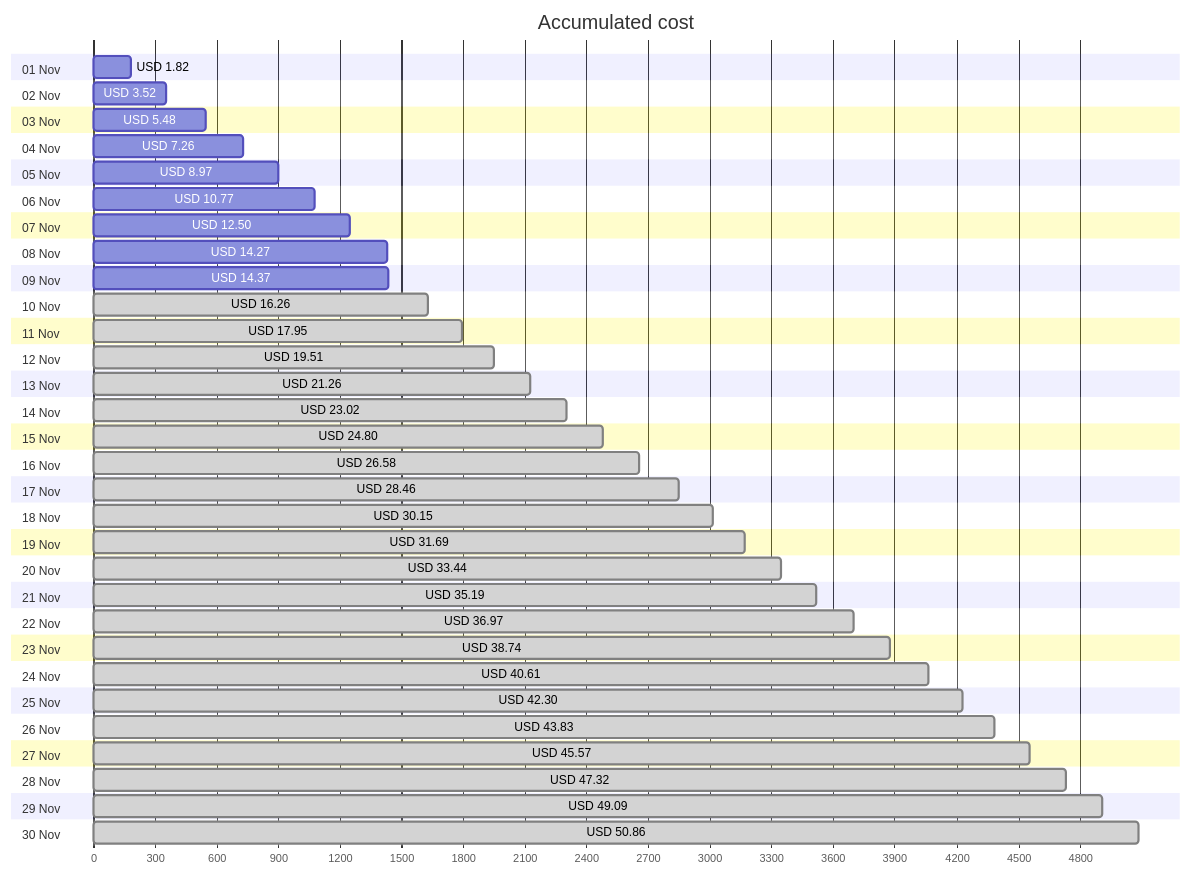
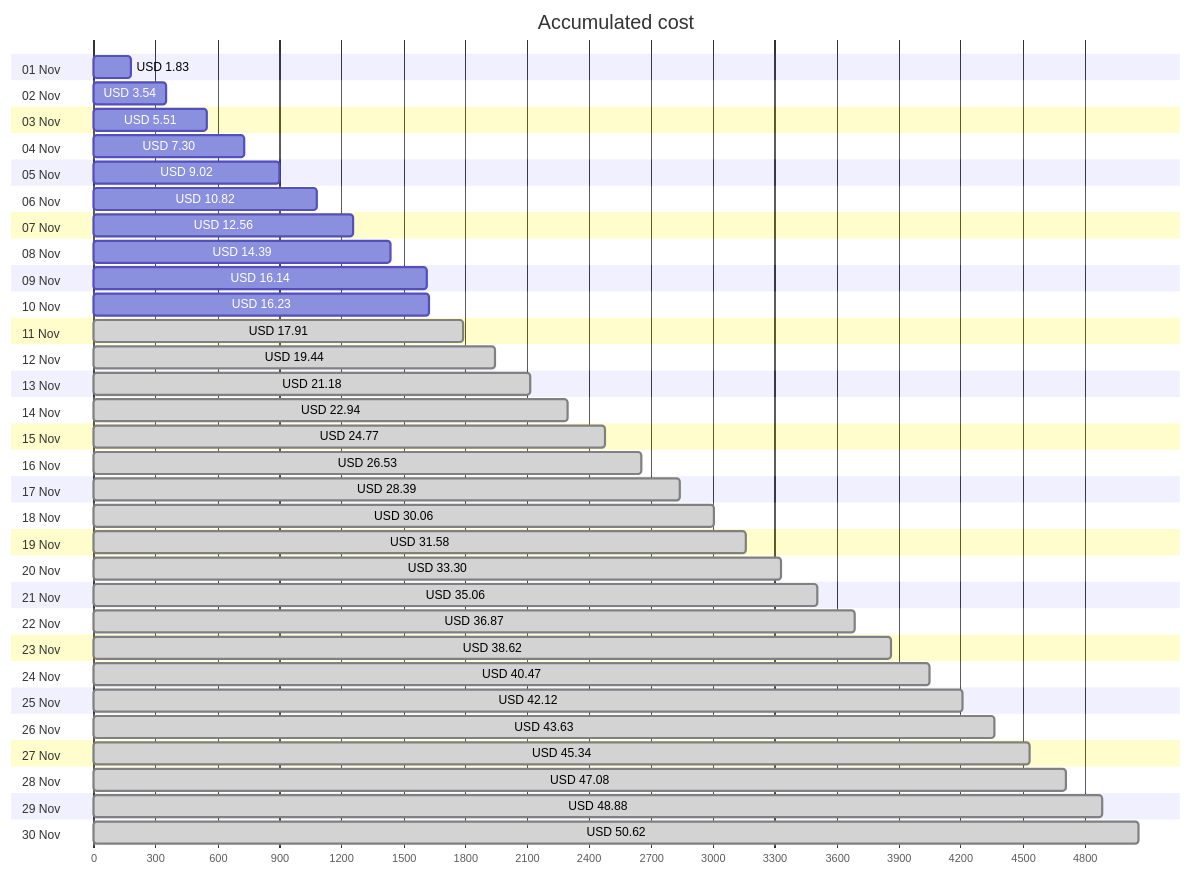
Before and after one commit to jpfulton/azure-personal-reports: the first of 4 diagrams in cost-reports/personal-network/README.md, drawn with Mermaid. The commit also changed other lines of this file and 8 other files, not shown here.

````diff
--- a/cost-reports/personal-network/README.md
+++ b/cost-reports/personal-network/README.md
@@ -20,66 +20,66 @@
 ```mermaid
 gantt
    title Accumulated cost
    dateFormat  X
    axisFormat %s
    section 01 Nov
-   USD 1.82 :0, 182
+   USD 1.83 :0, 183
    section 02 Nov
-   USD 3.52 :0, 352
+   USD 3.54 :0, 354
    section 03 Nov
-   USD 5.48 :0, 548
+   USD 5.51 :0, 551
    section 04 Nov
-   USD 7.26 :0, 726
+   USD 7.30 :0, 730
    section 05 Nov
-   USD 8.97 :0, 897
+   USD 9.02 :0, 902
    section 06 Nov
-   USD 10.77 :0, 1077
+   USD 10.82 :0, 1082
    section 07 Nov
-   USD 12.50 :0, 1250
+   USD 12.56 :0, 1256
    section 08 Nov
-   USD 14.27 :0, 1427
+   USD 14.39 :0, 1439
    section 09 Nov
-   USD 14.37 :0, 1437
+   USD 16.14 :0, 1614
    section 10 Nov
-   USD 16.26 : done, 0, 1626
+   USD 16.23 :0, 1623
    section 11 Nov
-   USD 17.95 : done, 0, 1795
+   USD 17.91 : done, 0, 1791
    section 12 Nov
-   USD 19.51 : done, 0, 1951
+   USD 19.44 : done, 0, 1944
    section 13 Nov
-   USD 21.26 : done, 0, 2126
+   USD 21.18 : done, 0, 2118
    section 14 Nov
-   USD 23.02 : done, 0, 2302
+   USD 22.94 : done, 0, 2294
    section 15 Nov
-   USD 24.80 : done, 0, 2480
+   USD 24.77 : done, 0, 2477
    section 16 Nov
-   USD 26.58 : done, 0, 2658
+   USD 26.53 : done, 0, 2653
    section 17 Nov
-   USD 28.46 : done, 0, 2846
+   USD 28.39 : done, 0, 2839
    section 18 Nov
-   USD 30.15 : done, 0, 3015
+   USD 30.06 : done, 0, 3006
    section 19 Nov
-   USD 31.69 : done, 0, 3169
+   USD 31.58 : done, 0, 3158
    section 20 Nov
-   USD 33.44 : done, 0, 3344
+   USD 33.30 : done, 0, 3330
    section 21 Nov
-   USD 35.19 : done, 0, 3519
+   USD 35.06 : done, 0, 3506
    section 22 Nov
-   USD 36.97 : done, 0, 3697
+   USD 36.87 : done, 0, 3687
    section 23 Nov
-   USD 38.74 : done, 0, 3874
+   USD 38.62 : done, 0, 3862
    section 24 Nov
-   USD 40.61 : done, 0, 4061
+   USD 40.47 : done, 0, 4047
    section 25 Nov
-   USD 42.30 : done, 0, 4230
+   USD 42.12 : done, 0, 4212
    section 26 Nov
-   USD 43.83 : done, 0, 4383
+   USD 43.63 : done, 0, 4363
    section 27 Nov
-   USD 45.57 : done, 0, 4557
+   USD 45.34 : done, 0, 4534
    section 28 Nov
-   USD 47.32 : done, 0, 4732
+   USD 47.08 : done, 0, 4708
    section 29 Nov
-   USD 49.09 : done, 0, 4909
+   USD 48.88 : done, 0, 4888
    section 30 Nov
-   USD 50.86 : done, 0, 5086
+   USD 50.62 : done, 0, 5062
 ```
````
